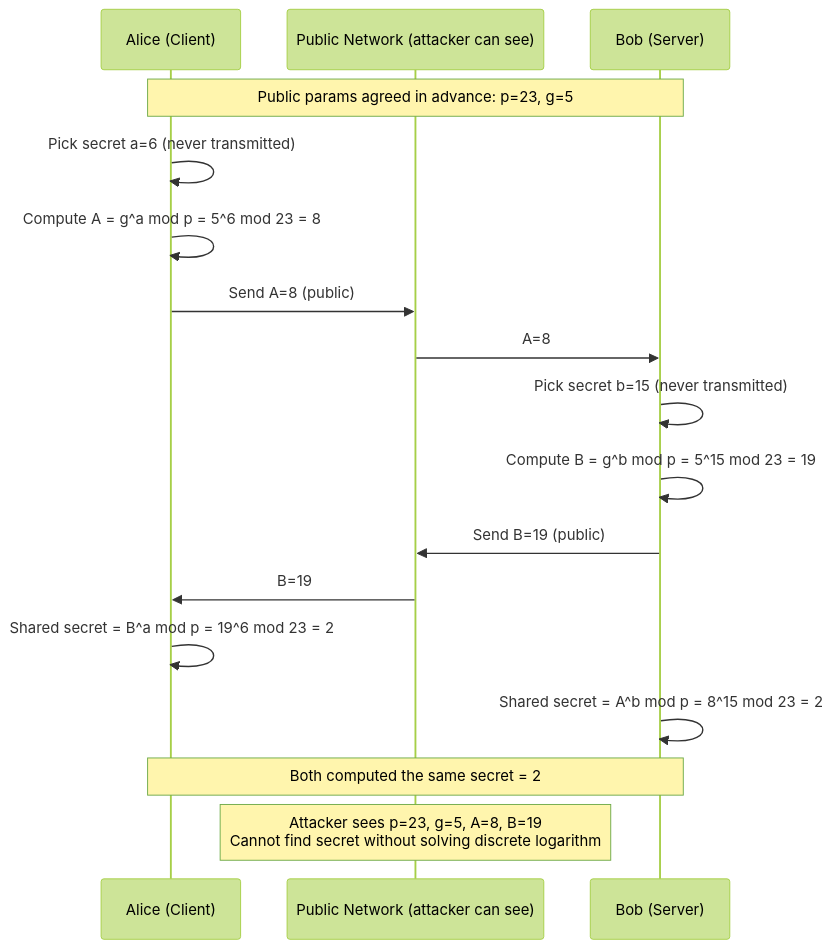
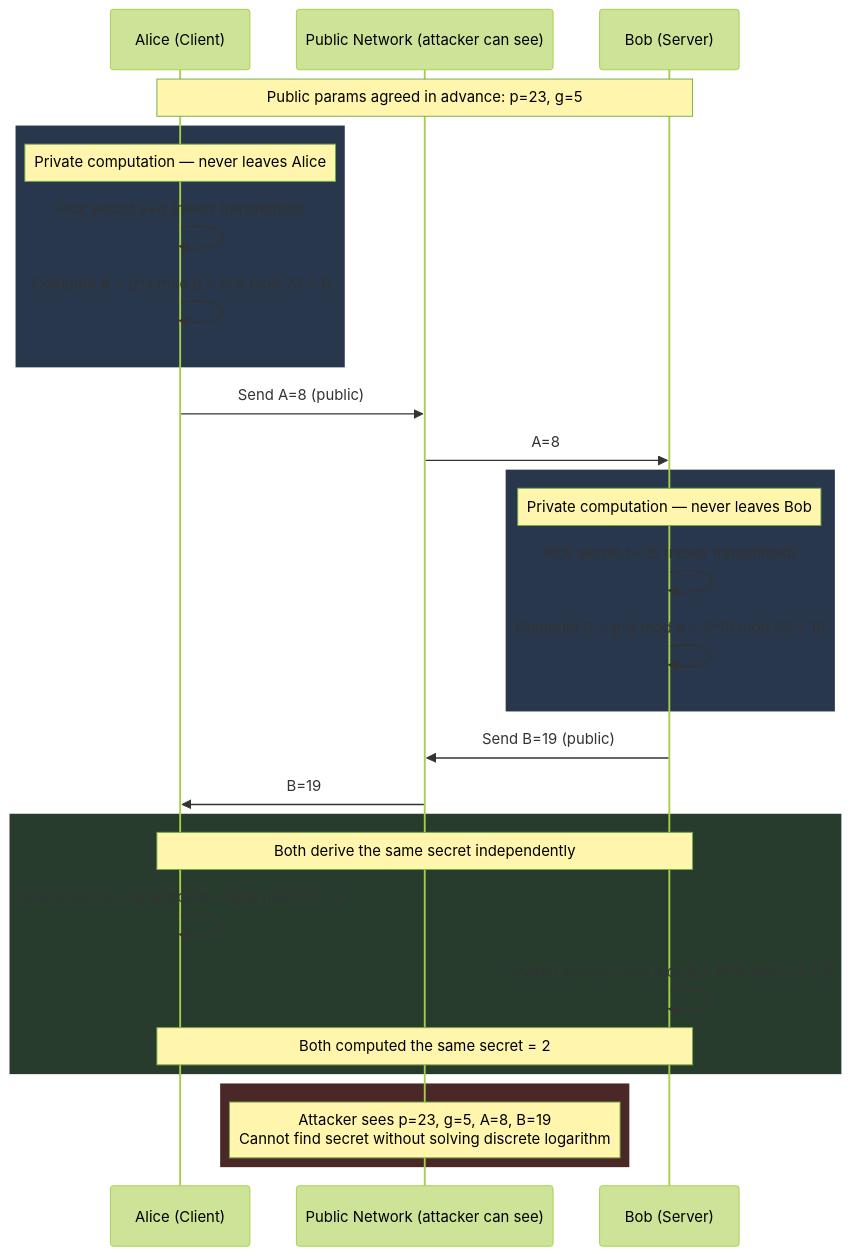
Before and after one commit to deepanshu-rawat6/DevOpsIndex: the tenth of 13 diagrams in networking/tls-encryption.md, drawn with Mermaid (forest theme). The commit also changed other lines of this file and 8 other files, not shown here.

````diff
--- a/networking/tls-encryption.md
+++ b/networking/tls-encryption.md
@@ -302,23 +544,35 @@
 ```mermaid
 sequenceDiagram
     participant A as Alice (Client)
     participant NET as Public Network (attacker can see)
     participant B as Bob (Server)
 
     Note over A,B: Public params agreed in advance: p=23, g=5
 
+    rect rgb(40, 55, 75)
+    Note over A: Private computation — never leaves Alice
     A->>A: Pick secret a=6 (never transmitted)
     A->>A: Compute A = g^a mod p = 5^6 mod 23 = 8
+    end
     A->>NET: Send A=8 (public)
     NET->>B: A=8
 
+    rect rgb(40, 55, 75)
+    Note over B: Private computation — never leaves Bob
     B->>B: Pick secret b=15 (never transmitted)
     B->>B: Compute B = g^b mod p = 5^15 mod 23 = 19
+    end
     B->>NET: Send B=19 (public)
     NET->>A: B=19
 
+    rect rgb(40, 60, 45)
+    Note over A,B: Both derive the same secret independently
     A->>A: Shared secret = B^a mod p = 19^6 mod 23 = 2
     B->>B: Shared secret = A^b mod p = 8^15 mod 23 = 2
     Note over A,B: Both computed the same secret = 2
-    Note over NET: Attacker sees p=23, g=5, A=8, B=19<br>Cannot find secret without solving discrete logarithm
+    end
+
+    rect rgb(75, 40, 40)
+    Note over NET: Attacker sees p=23, g=5, A=8, B=19<br/>Cannot find secret without solving discrete logarithm
+    end
 ```
````
